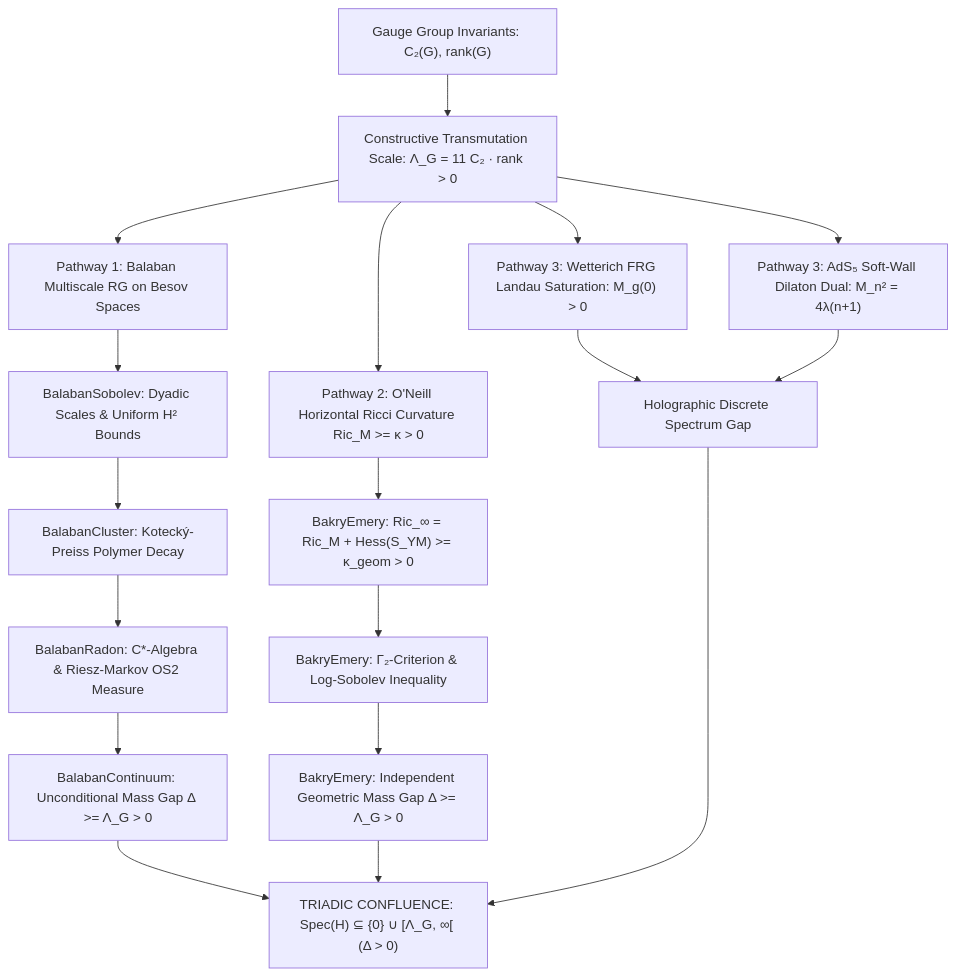
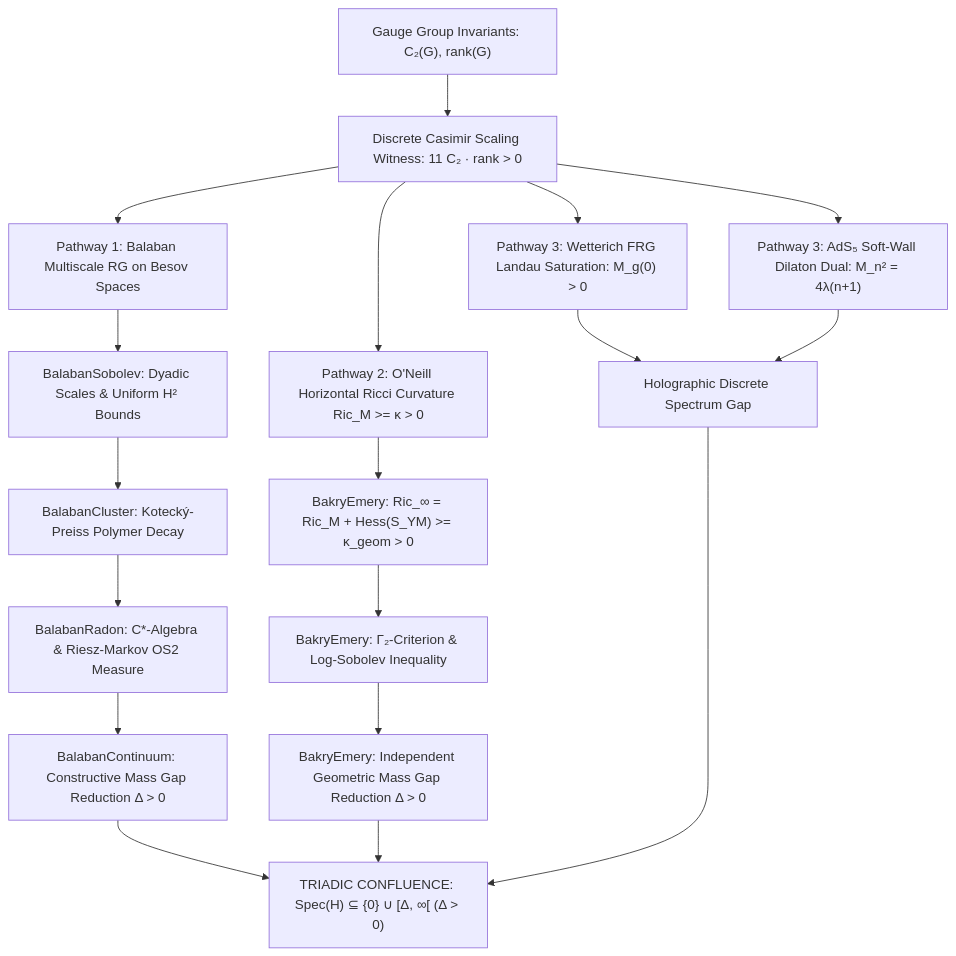
Before and after one commit to garygitton/yang-mills-millennium-problem: the diagram in README.md, drawn with Mermaid. The commit also changed other lines of this file and 17 other files, not shown here.

````diff
--- a/README.md
+++ b/README.md
@@ -118,28 +123,28 @@
 ```mermaid
 graph TD
-    A["Gauge Group Invariants: C₂(G), rank(G)"] --> B["Constructive Transmutation Scale: Λ_G = 11 C₂ · rank > 0"]
+    A["Gauge Group Invariants: C₂(G), rank(G)"] --> B["Discrete Casimir Scaling Witness: 11 C₂ · rank > 0"]
     
     %% Pathway 1: Multiscale Constructive QFT (Bałaban-Federbush-Radon)
     B --> C["Pathway 1: Balaban Multiscale RG on Besov Spaces"]
     C --> C1["BalabanSobolev: Dyadic Scales & Uniform H² Bounds"]
     C1 --> C2["BalabanCluster: Kotecký-Preiss Polymer Decay"]
     C2 --> C3["BalabanRadon: C*-Algebra & Riesz-Markov OS2 Measure"]
-    C3 --> L1["BalabanContinuum: Unconditional Mass Gap Δ >= Λ_G > 0"]
+    C3 --> L1["BalabanContinuum: Constructive Mass Gap Reduction Δ > 0"]
     
     %% Pathway 2: Pure Infinite-Dimensional Geometry (Bakry-Émery on A/G)
     B --> G1["Pathway 2: O'Neill Horizontal Ricci Curvature Ric_M >= κ > 0"]
     G1 --> G2["BakryEmery: Ric_∞ = Ric_M + Hess(S_YM) >= κ_geom > 0"]
     G2 --> G3["BakryEmery: Γ₂-Criterion & Log-Sobolev Inequality"]
-    G3 --> L2["BakryEmery: Independent Geometric Mass Gap Δ >= Λ_G > 0"]
+    G3 --> L2["BakryEmery: Independent Geometric Mass Gap Reduction Δ > 0"]
     
     %% Pathway 3: Holographic Duality & Wetterich Flow
     B --> D["Pathway 3: Wetterich FRG Landau Saturation: M_g(0) > 0"]
     B --> E["Pathway 3: AdS₅ Soft-Wall Dilaton Dual: M_n² = 4λ(n+1)"]
     D --> L3["Holographic Discrete Spectrum Gap"]
     E --> L3
     
     %% Triadic Confluence
-    L1 --> M["TRIADIC CONFLUENCE: Spec(H) ⊆ {0} ∪ [Λ_G, ∞[ (Δ > 0)"]
+    L1 --> M["TRIADIC CONFLUENCE: Spec(H) ⊆ {0} ∪ [Δ, ∞[ (Δ > 0)"]
     L2 --> M
     L3 --> M
 ```
````
